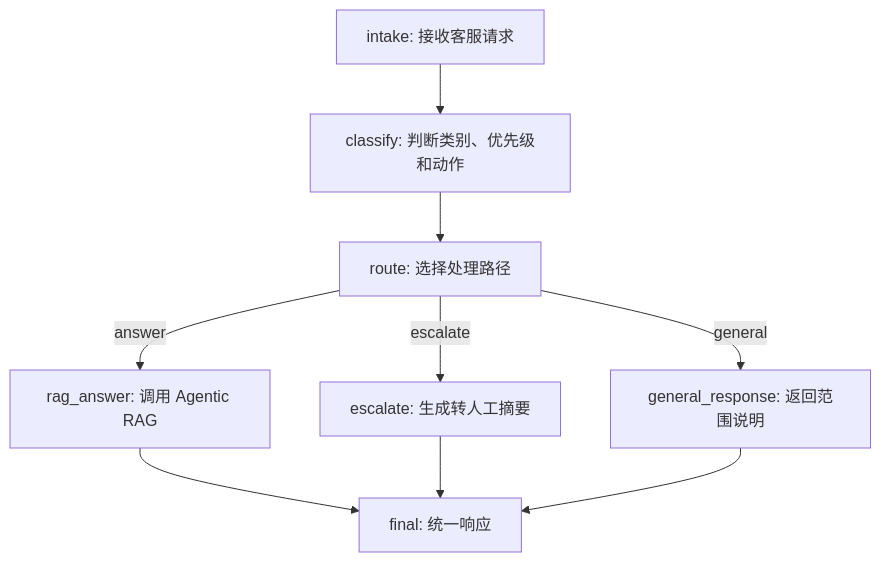
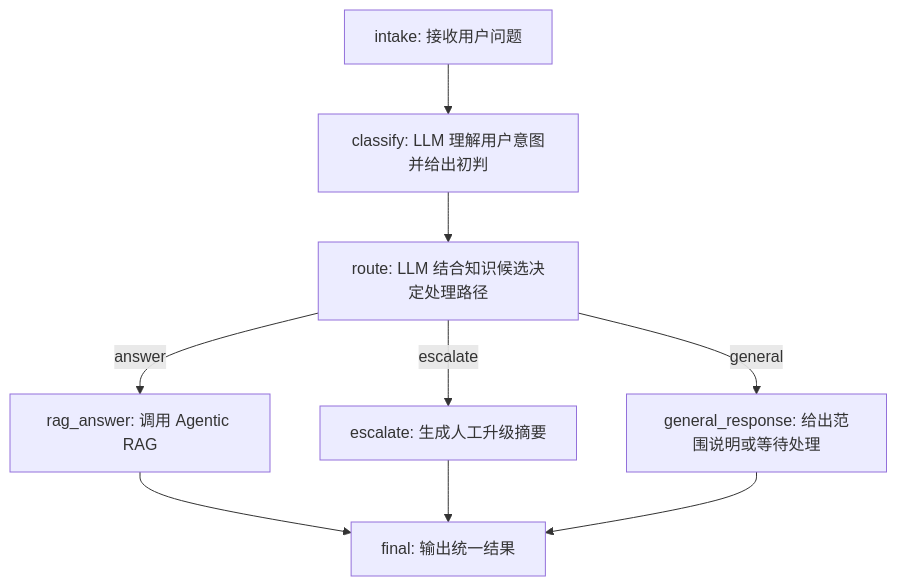
Before and after one commit to biyongjie38-create/Support-Copilot: the diagram in README.md, drawn with Mermaid. The commit also changed other lines of this file and 9 other files, not shown here.

````diff
--- a/README.md
+++ b/README.md
@@ -23,11 +30,11 @@
 ```mermaid
 flowchart TD
-    intake["intake: 接收客服请求"] --> classify["classify: 判断类别、优先级和动作"]
-    classify --> route["route: 选择处理路径"]
+    intake["intake: 接收用户问题"] --> classify["classify: LLM 理解用户意图并给出初判"]
+    classify --> route["route: LLM 结合知识候选决定处理路径"]
     route -->|answer| rag_answer["rag_answer: 调用 Agentic RAG"]
-    route -->|escalate| escalate["escalate: 生成转人工摘要"]
-    route -->|general| general_response["general_response: 返回范围说明"]
-    rag_answer --> final["final: 统一响应"]
+    route -->|escalate| escalate["escalate: 生成人工升级摘要"]
+    route -->|general| general_response["general_response: 给出范围说明或等待处理"]
+    rag_answer --> final["final: 输出统一结果"]
     escalate --> final
     general_response --> final
 ```
````
